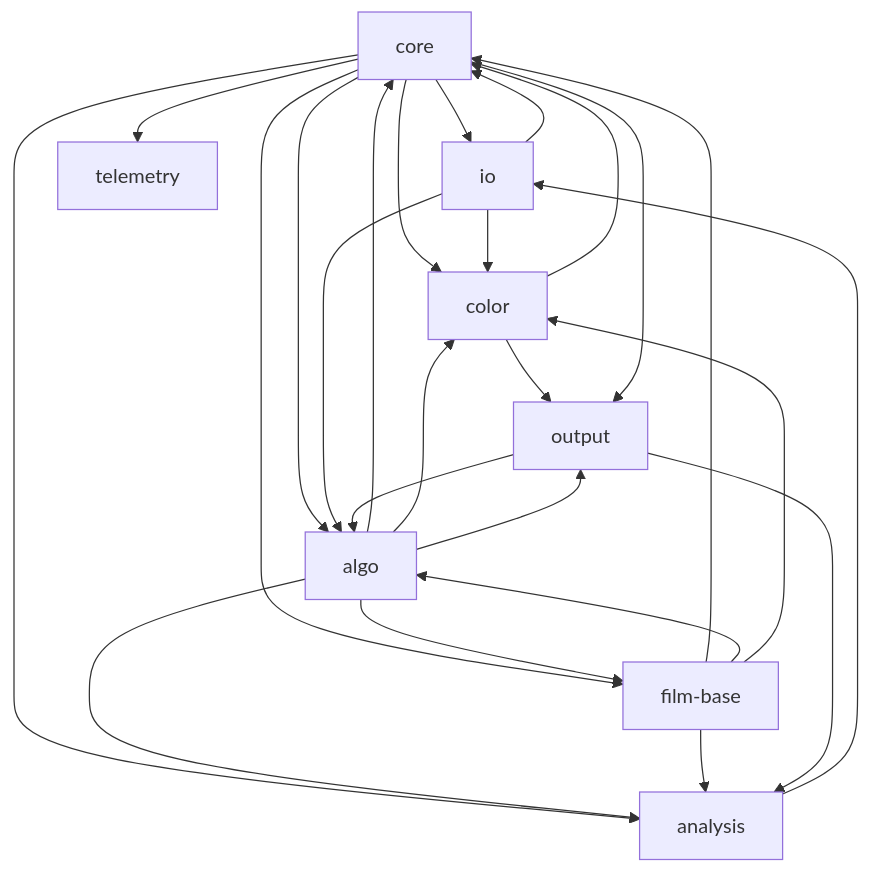
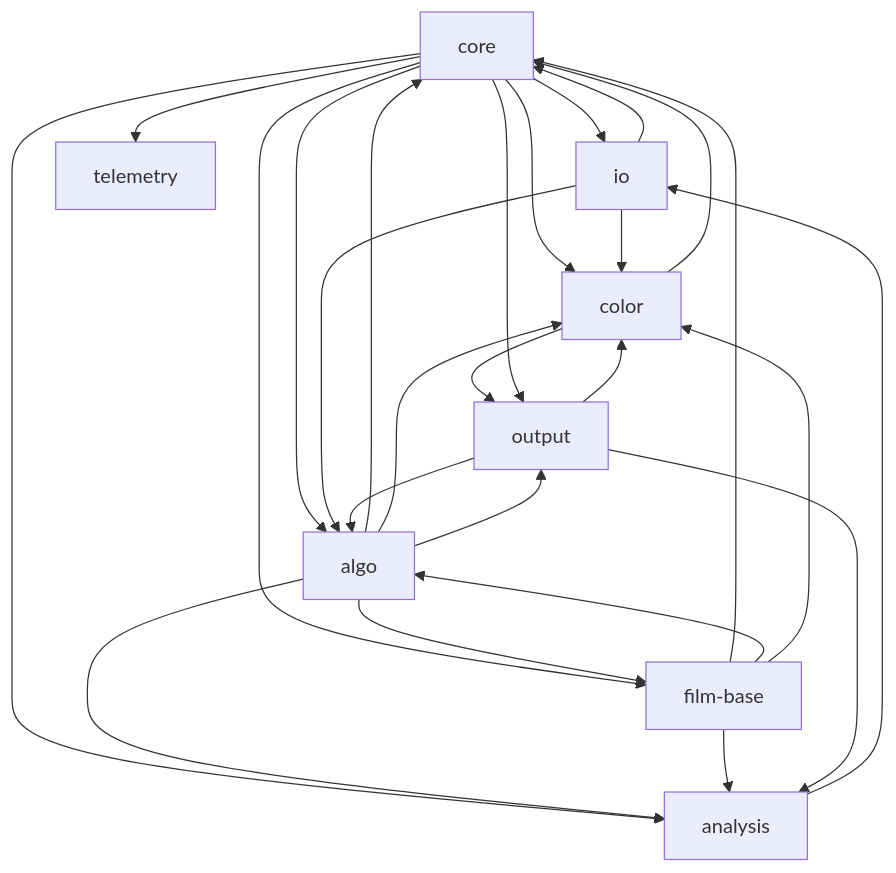
The first of 2 diagrams in docs/TASKS.md (lix42/negative-converter), drawn with Mermaid before and after one commit. The commit also changed other lines of this file and 6 other files, not shown here.

````diff
--- a/docs/TASKS.md
+++ b/docs/TASKS.md
@@ -86,35 +89,36 @@
 ```mermaid
 graph TD
   core
   io
   film-base
   algo
   color
   output
   telemetry
   analysis
   core --> io
   core --> color
   core --> film-base
   core --> algo
   io --> core
   color --> core
   film-base --> core
   algo --> core
   analysis --> io
   core --> analysis
   core --> telemetry
   algo --> analysis
   film-base --> analysis
   algo --> film-base
   io --> color
   io --> algo
   film-base --> algo
   algo --> color
   film-base --> color
   color --> output
   algo --> output
+  output --> color
   core --> output
   output --> algo
   output --> analysis
 ```
````
